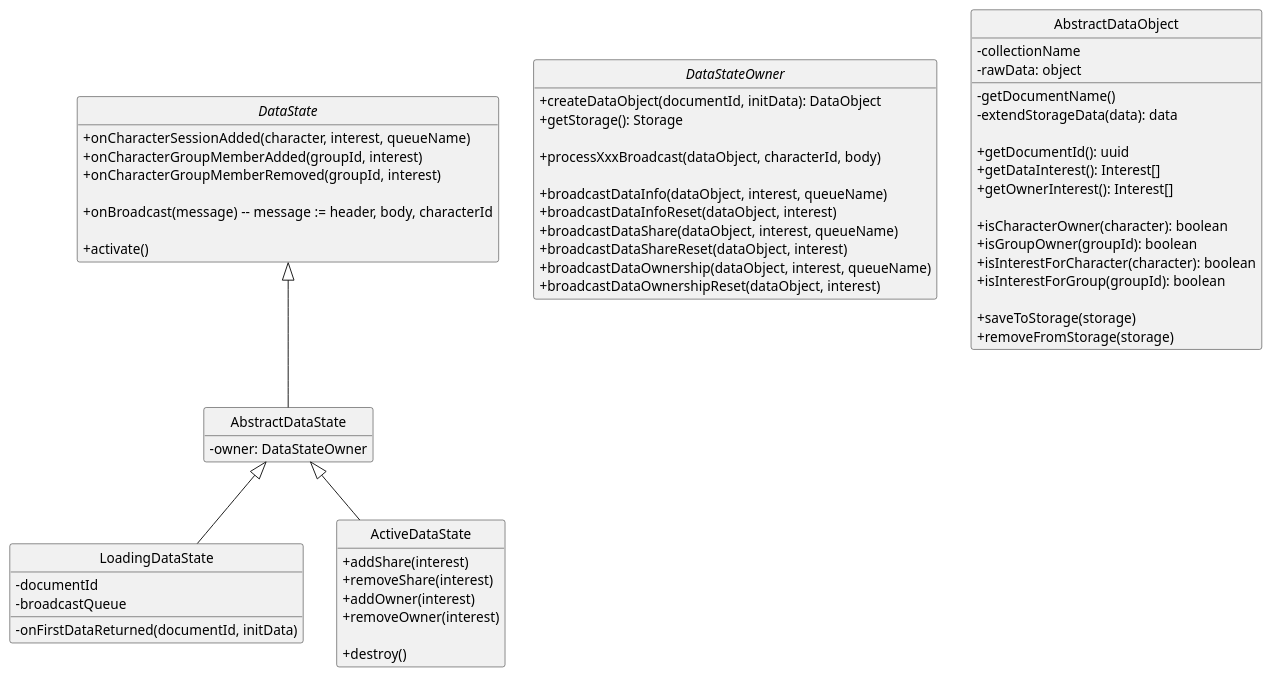
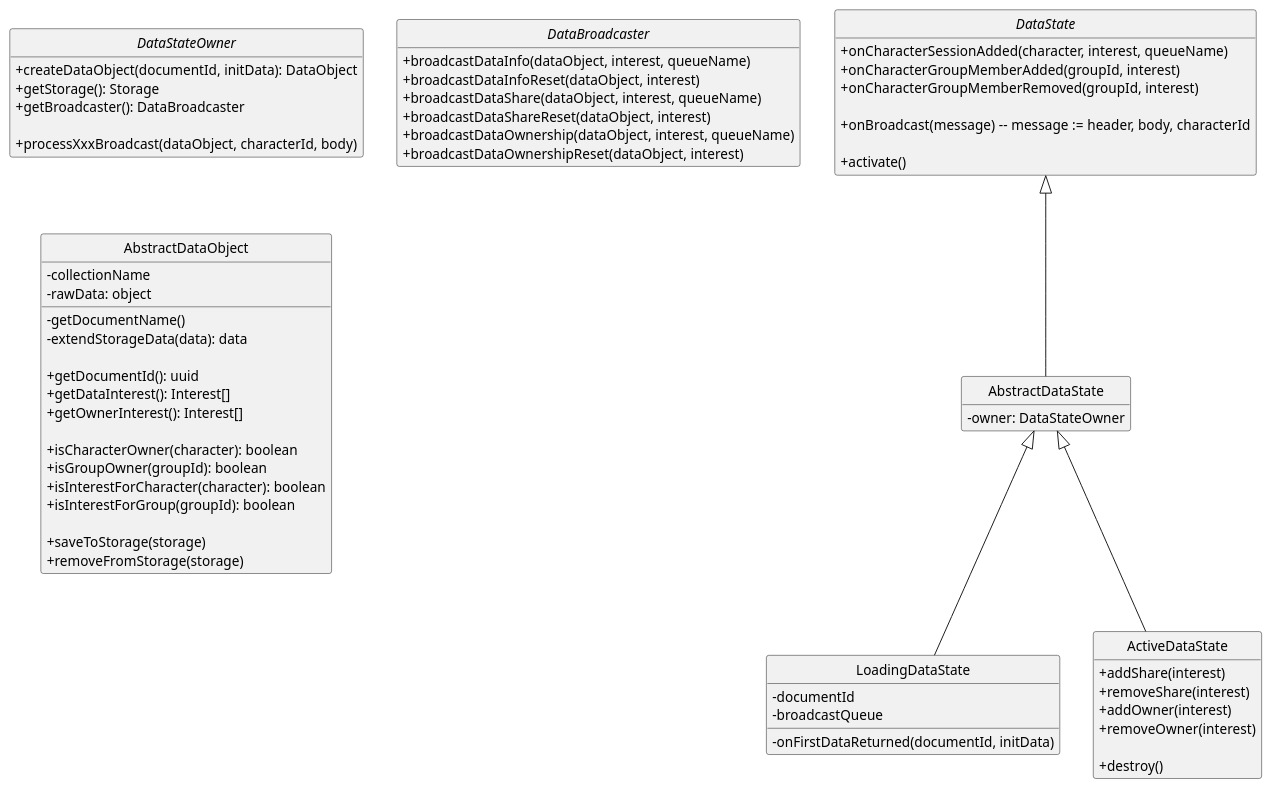
One commit to dertseha/eve-upro changed the diagram in eve-upro/design/AbstractSharingComponent.plantuml. Above: the diagram before and after it, drawn with PlantUML. The commit also changed 5 other files, not shown here.

Commit message:
#90 refined helper, fixed typos/small bugs - added DataBroadcaster interface for better reuse

```diff
--- a/eve-upro/design/AbstractSharingComponent.plantuml
+++ b/eve-upro/design/AbstractSharingComponent.plantuml
@@ -1,75 +1,78 @@
 @startuml
 skinparam classAttributeIconSize 0
 hide empty members
 hide circle
 
 interface DataState {
  + onCharacterSessionAdded(character, interest, queueName)
  + onCharacterGroupMemberAdded(groupId, interest)
  + onCharacterGroupMemberRemoved(groupId, interest)
  
  + onBroadcast(message) -- message := header, body, characterId
  
  + activate()
 }
 
 class AbstractDataState {
  - owner: DataStateOwner
 }
 
 DataState <|-down- AbstractDataState
 
 class LoadingDataState {
  - documentId
  - broadcastQueue
  
  - onFirstDataReturned(documentId, initData)
 }
 
 class ActiveDataState {
  + addShare(interest)
  + removeShare(interest)
  + addOwner(interest)
  + removeOwner(interest)
  
  + destroy()
 }
 
 AbstractDataState <|-down- LoadingDataState
 AbstractDataState <|-down- ActiveDataState
 
 interface DataStateOwner {
  + createDataObject(documentId, initData): DataObject
  + getStorage(): Storage
+ + getBroadcaster(): DataBroadcaster
 
  + processXxxBroadcast(dataObject, characterId, body)
- 
+ }
+
+interface DataBroadcaster {
  + broadcastDataInfo(dataObject, interest, queueName)
  + broadcastDataInfoReset(dataObject, interest)
  + broadcastDataShare(dataObject, interest, queueName)
  + broadcastDataShareReset(dataObject, interest)
  + broadcastDataOwnership(dataObject, interest, queueName)
  + broadcastDataOwnershipReset(dataObject, interest)
 }
 
 class AbstractDataObject {
  - collectionName
  - rawData: object
  
  - getDocumentName()
  - extendStorageData(data): data
  
  + getDocumentId(): uuid
  + getDataInterest(): Interest[]
  + getOwnerInterest(): Interest[]
 
  + isCharacterOwner(character): boolean
  + isGroupOwner(groupId): boolean
  + isInterestForCharacter(character): boolean
  + isInterestForGroup(groupId): boolean
 
  + saveToStorage(storage)
  + removeFromStorage(storage) 
 }
 
 @enduml
```
